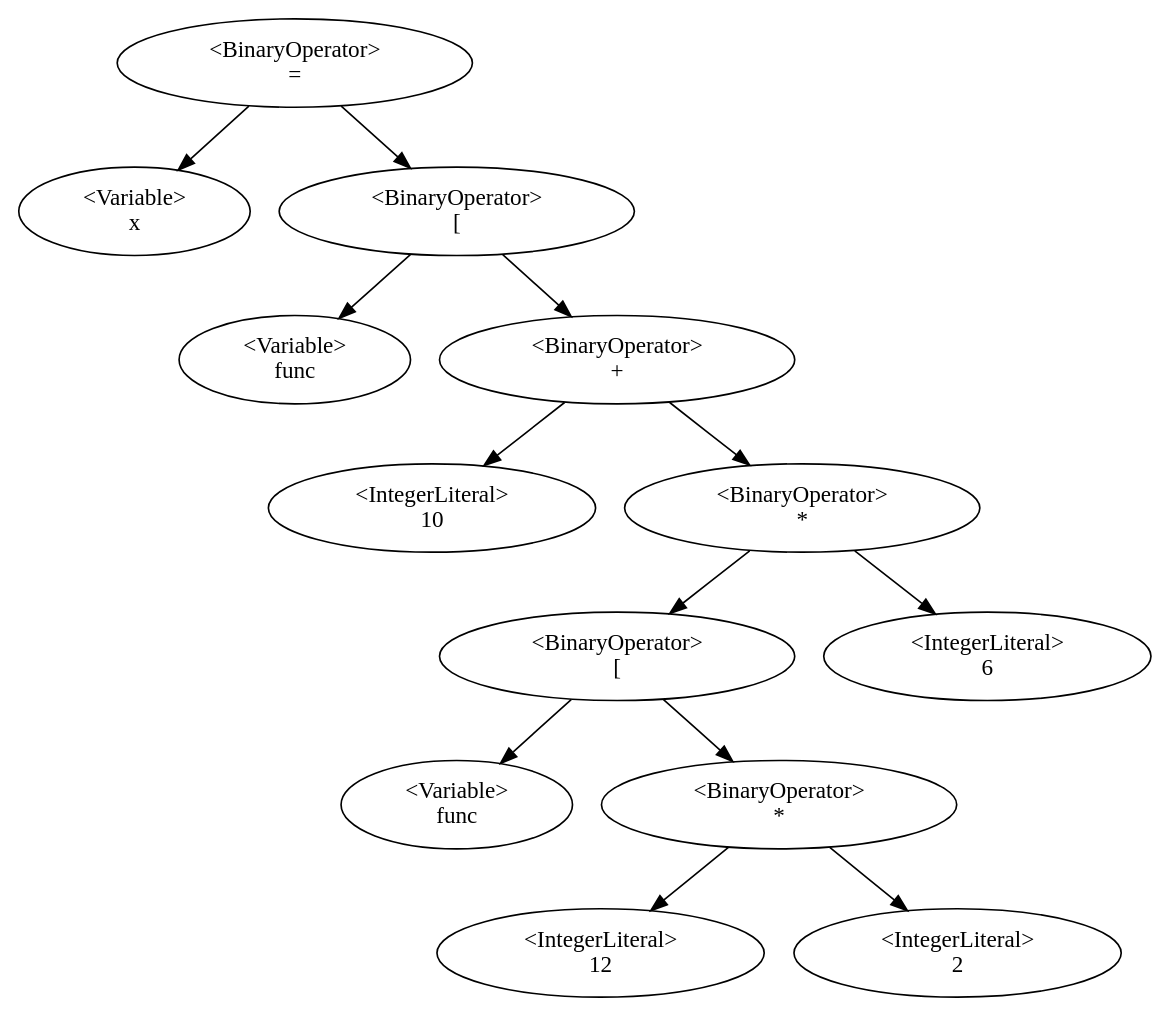
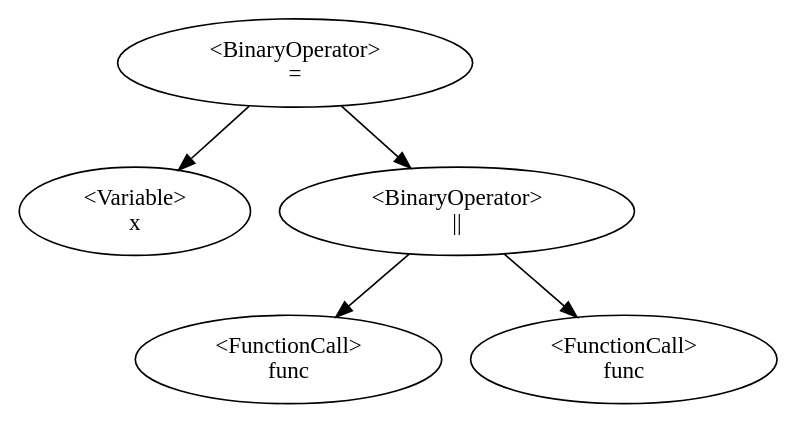
One commit to QazmoQwerty/dino changed the diagram in Dino/Dino/AstDisplay.gv. Above: the diagram before and after it, drawn with Graphviz. The commit also changed 3 other files, not shown here.

Commit message:
added support for any number of parameters in a function call

```diff
--- a/Dino/Dino/AstDisplay.gv
+++ b/Dino/Dino/AstDisplay.gv
@@ -1,15 +1,7 @@
 digraph G {
-1 [label="<BinaryOperator>\n="];1->0;1->3;
+1 [label="<BinaryOperator>\n="];1->0;1->4;
 0 [label="<Variable>\nx"];
-3 [label="<BinaryOperator>\n["];3->2;3->5;
-2 [label="<Variable>\nfunc"];
-5 [label="<BinaryOperator>\n+"];5->4;5->11;
-4 [label="<IntegerLiteral>\n10"];
-11 [label="<BinaryOperator>\n*"];11->7;11->12;
-7 [label="<BinaryOperator>\n["];7->6;7->9;
-6 [label="<Variable>\nfunc"];
-9 [label="<BinaryOperator>\n*"];9->8;9->10;
-8 [label="<IntegerLiteral>\n12"];
-10 [label="<IntegerLiteral>\n2"];
-12 [label="<IntegerLiteral>\n6"];
+4 [label="<BinaryOperator>\n||"];4->3;4->6;
+3 [label="<FunctionCall>\nfunc"];
+6 [label="<FunctionCall>\nfunc"];
 }
```
